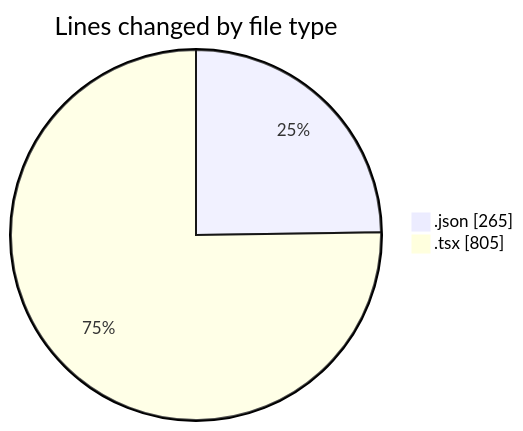
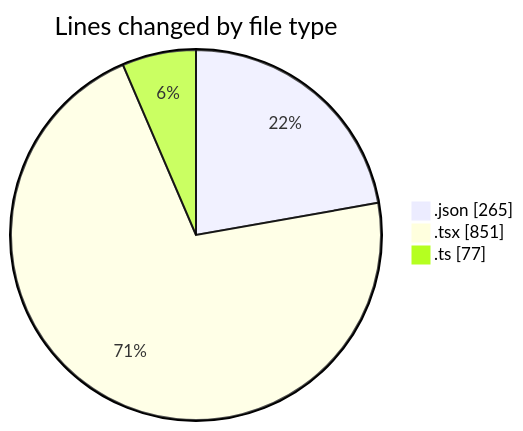
One commit to momahboobian/code-tracking changed the first of 2 diagrams in 2026-04-22/cda/README.md. Above: the diagram before and after it, drawn with Mermaid. The commit also changed other lines of this file and 1 other file, not shown here.

````diff
--- a/2026-04-22/cda/README.md
+++ b/2026-04-22/cda/README.md
@@ -25,6 +26,7 @@
 ```mermaid
 pie showData
 title Lines changed by file type
 ".json" : 265
-".tsx" : 805
+".tsx" : 851
+".ts" : 77
 ```
````
